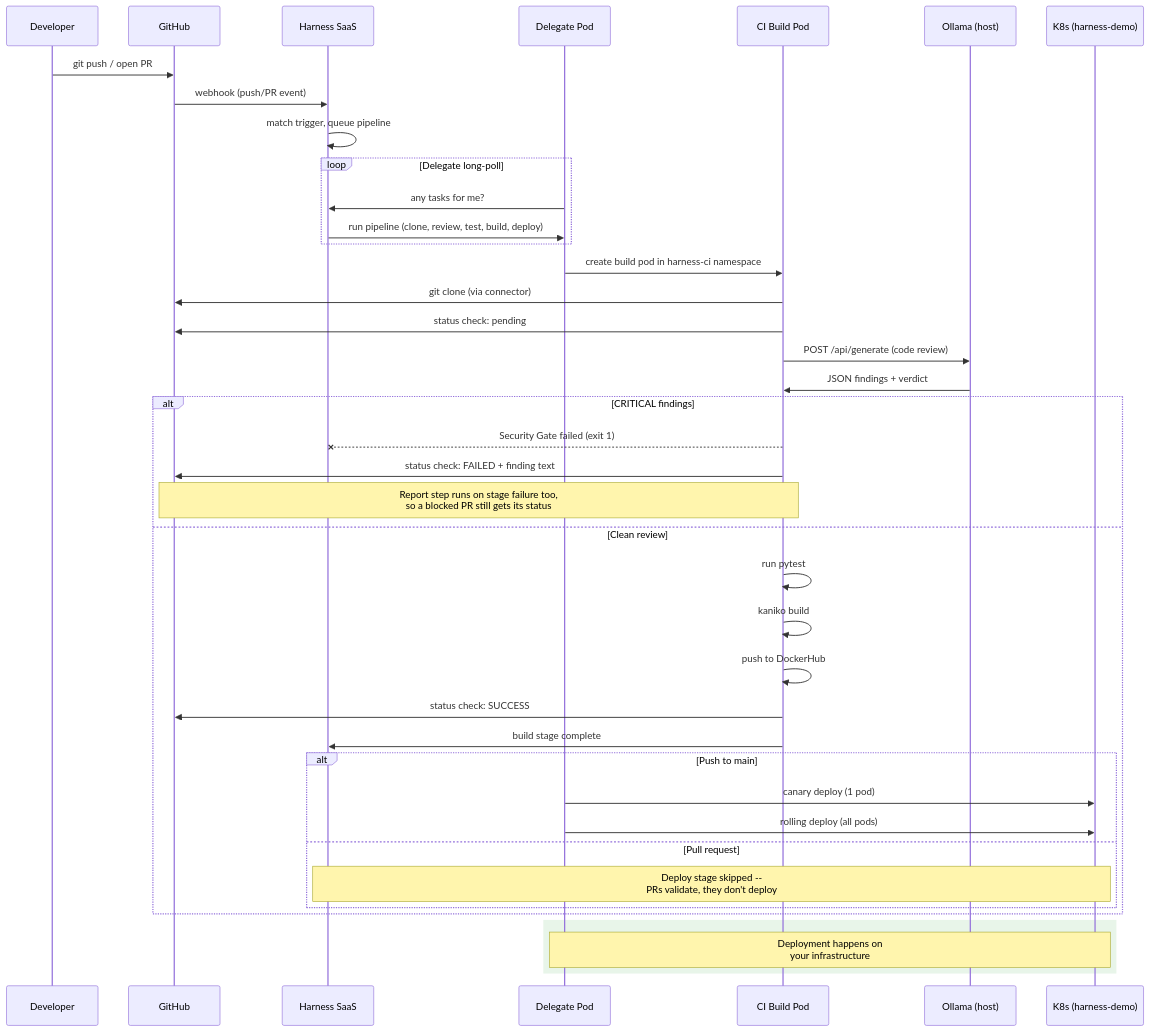
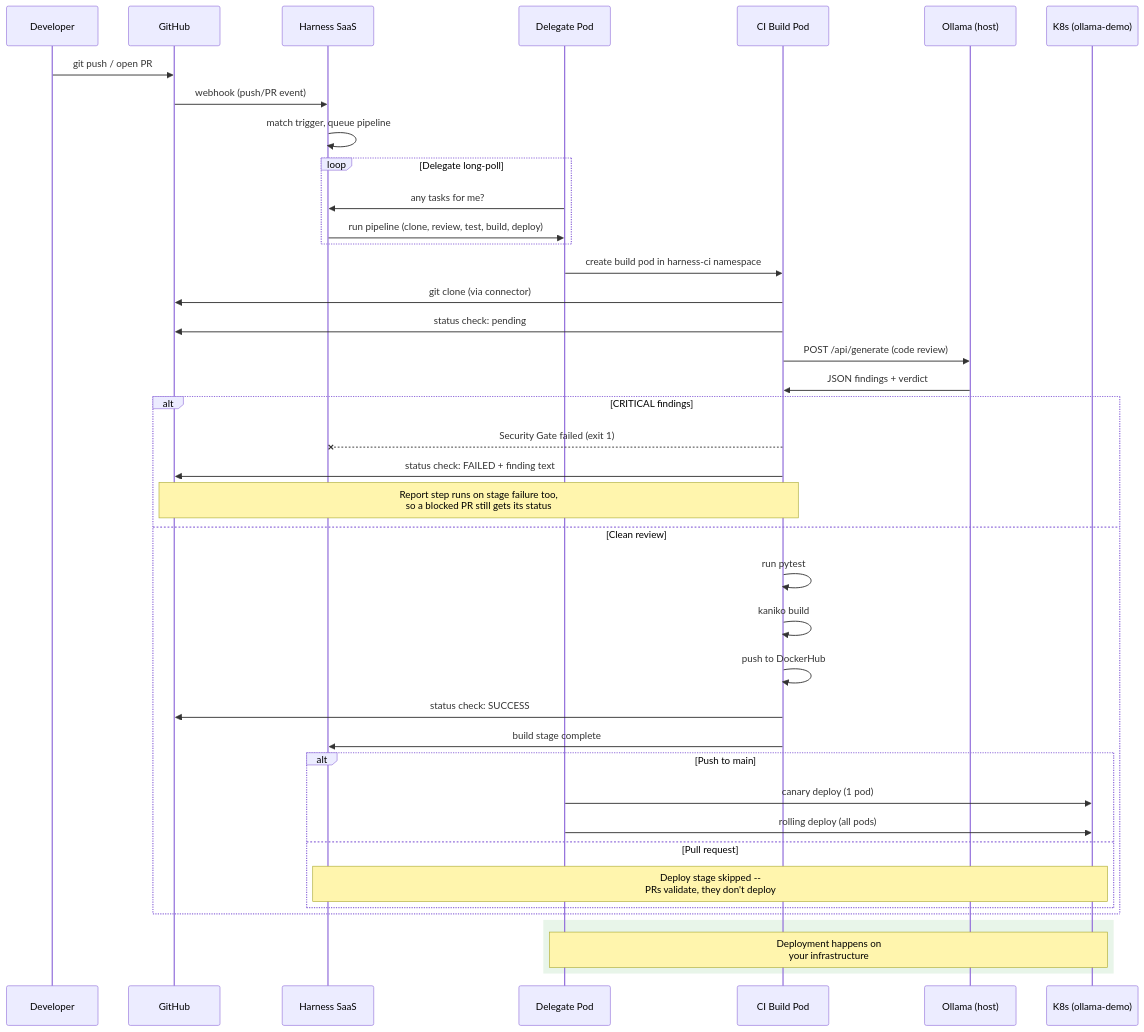
One commit to scarolan/harness-demo changed the second of 4 diagrams in docs/ARCHITECTURE.md. Above: the diagram before and after it, drawn with Mermaid. The commit also changed other lines of this file and 12 other files, not shown here.

Commit message:
Rename K8s namespace and resources from harness-demo to ollama-demo

````diff
--- a/docs/ARCHITECTURE.md
+++ b/docs/ARCHITECTURE.md
@@ -54,49 +54,49 @@
 ```mermaid
 sequenceDiagram
     participant Dev as Developer
     participant GH as GitHub
     participant HS as Harness SaaS
     participant DG as Delegate Pod
     participant CI as CI Build Pod
     participant OL as Ollama (host)
-    participant K8 as K8s (harness-demo)
+    participant K8 as K8s (ollama-demo)
 
     Dev->>GH: git push / open PR
     GH->>HS: webhook (push/PR event)
     HS->>HS: match trigger, queue pipeline
 
     loop Delegate long-poll
         DG->>HS: any tasks for me?
         HS->>DG: run pipeline (clone, review, test, build, deploy)
     end
 
     DG->>CI: create build pod in harness-ci namespace
 
     CI->>GH: git clone (via connector)
     CI->>GH: status check: pending
     CI->>OL: POST /api/generate (code review)
     OL->>CI: JSON findings + verdict
 
     alt CRITICAL findings
         CI--xHS: Security Gate failed (exit 1)
         CI->>GH: status check: FAILED + finding text
         Note over CI,GH: Report step runs on stage failure too,<br/>so a blocked PR still gets its status
     else Clean review
         CI->>CI: run pytest
         CI->>CI: kaniko build
         CI->>CI: push to DockerHub
         CI->>GH: status check: SUCCESS
         CI->>HS: build stage complete
 
         alt Push to main
             DG->>K8: canary deploy (1 pod)
             DG->>K8: rolling deploy (all pods)
         else Pull request
             Note over HS,K8: Deploy stage skipped --<br/>PRs validate, they don't deploy
         end
     end
 
     rect rgb(232, 245, 233)
         Note over DG,K8: Deployment happens on<br/>your infrastructure
     end
 ```
````
